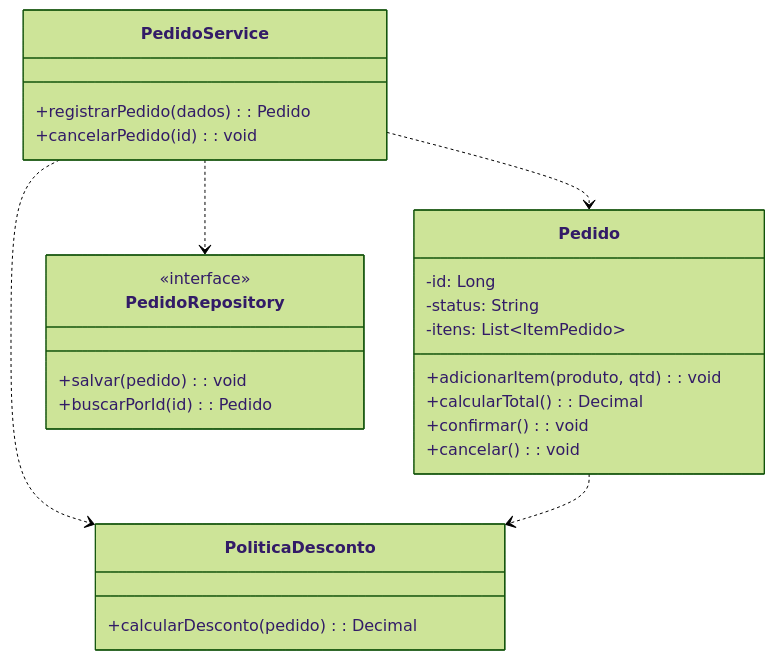
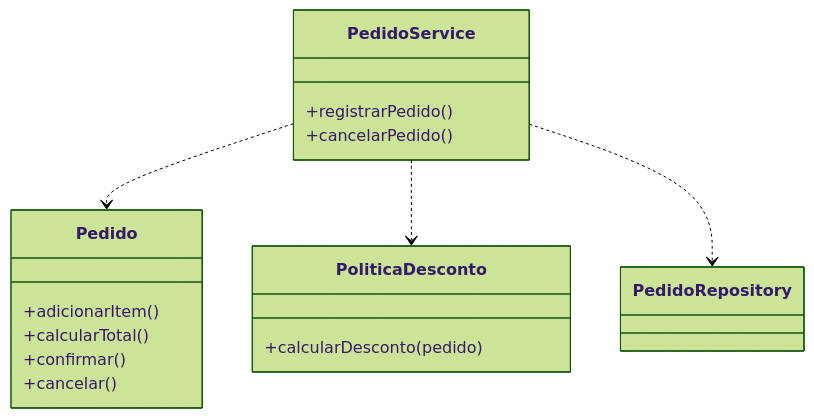
One commit to PedroWatermann/UEM_Eng_Soft changed the fifth of 13 diagrams in 2_ano/4_semestre/AnaliseProjetoSoftware/ListaExercícios/Lista_6.md. Above: the diagram before and after it, drawn with Mermaid (forest theme). The commit also changed other lines of this file and 1 other file, not shown here.

````diff
--- a/2_ano/4_semestre/AnaliseProjetoSoftware/ListaExercícios/Lista_6.md
+++ b/2_ano/4_semestre/AnaliseProjetoSoftware/ListaExercícios/Lista_6.md
@@ -219,28 +93,17 @@
 ```mermaid
 classDiagram
     class Pedido {
-        -id: Long
-        -status: String
-        -itens: List~ItemPedido~
-        +adicionarItem(produto, qtd): void
-        +calcularTotal(): Decimal
-        +confirmar(): void
-        +cancelar(): void
+        +adicionarItem()
+        +calcularTotal()
+        +confirmar()
+        +cancelar()
     }
-    class PoliticaDesconto {
-        +calcularDesconto(pedido): Decimal
-    }
+    class PoliticaDesconto { +calcularDesconto(pedido) }
     class PedidoService {
-        +registrarPedido(dados): Pedido
-        +cancelarPedido(id): void
-    }
-    class PedidoRepository {
-        <<interface>>
-        +salvar(pedido): void
-        +buscarPorId(id): Pedido
+        +registrarPedido()
+        +cancelarPedido()
     }
     PedidoService ..> Pedido
     PedidoService ..> PoliticaDesconto
     PedidoService ..> PedidoRepository
-    Pedido ..> PoliticaDesconto
 ```
````
